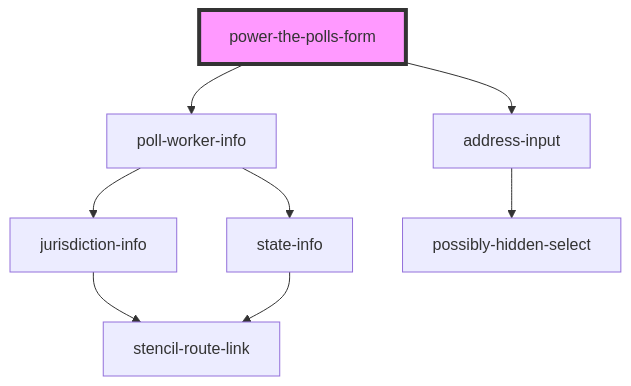
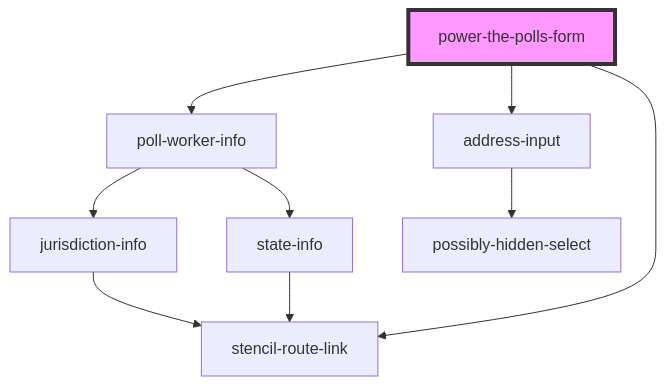
The diagram in power-the-polls-form/src/components/power-the-polls-form/readme.md (pizza-to-the-polls/power-the-polls), drawn with Mermaid before and after one commit. The commit also changed other lines of this file and 7 other files, not shown here.

````diff
--- a/power-the-polls-form/src/components/power-the-polls-form/readme.md
+++ b/power-the-polls-form/src/components/power-the-polls-form/readme.md
@@ -47,11 +48,12 @@
 ```mermaid
 graph TD;
   power-the-polls-form --> poll-worker-info
   power-the-polls-form --> address-input
+  power-the-polls-form --> stencil-route-link
   poll-worker-info --> jurisdiction-info
   poll-worker-info --> state-info
   jurisdiction-info --> stencil-route-link
   state-info --> stencil-route-link
   address-input --> possibly-hidden-select
   style power-the-polls-form fill:#f9f,stroke:#333,stroke-width:4px
 ```
````
